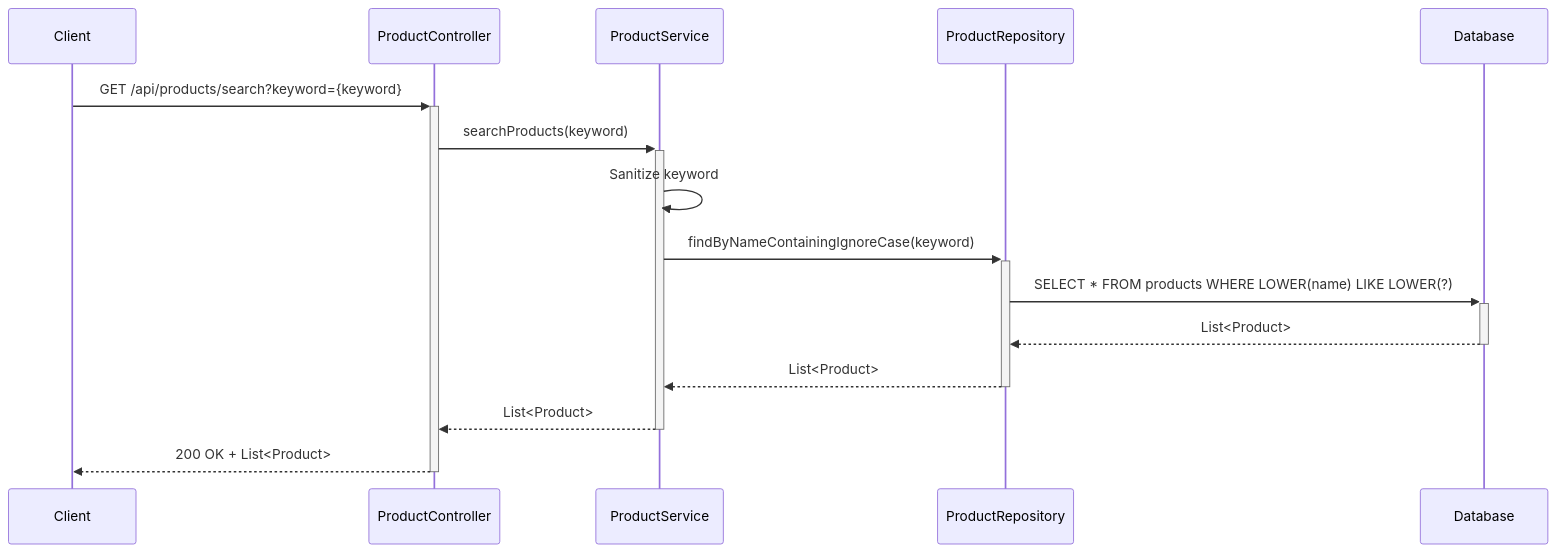
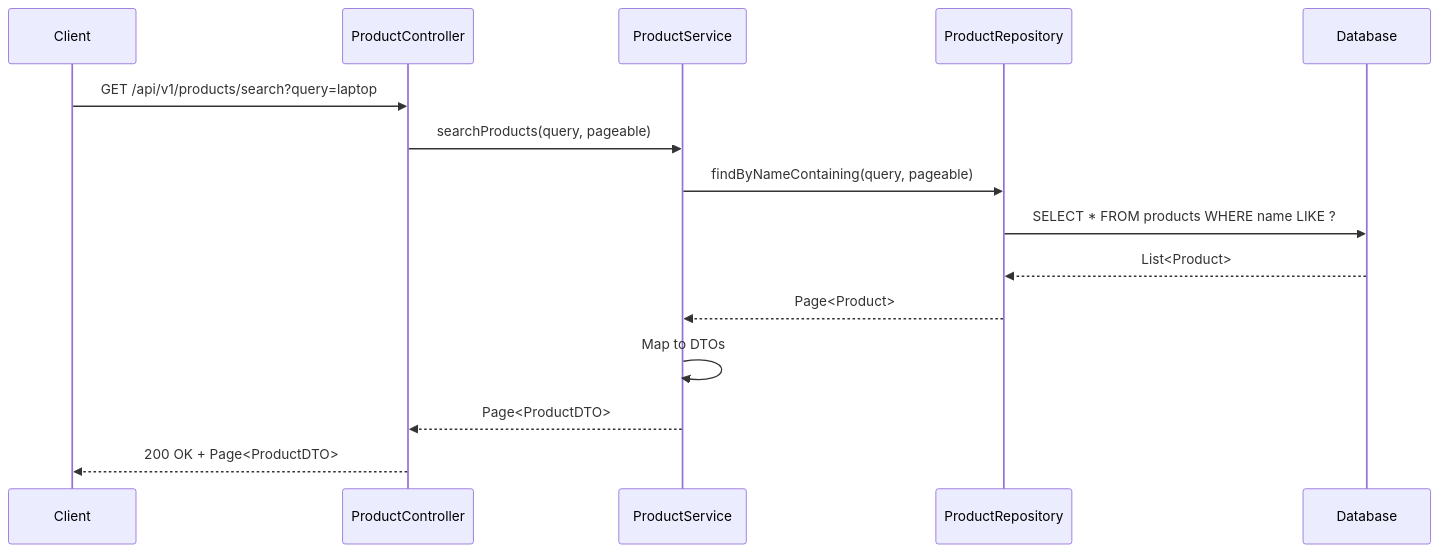
Before and after one commit to NavneetBN47/aava-ecom-demo: diagram 13 of 23 in docs/LLD/modified_lld.md, drawn with Mermaid. The commit also changed other lines of this file, not shown here.

````diff
--- a/docs/LLD/modified_lld.md
+++ b/docs/LLD/modified_lld.md
@@ -726,18 +1014,18 @@
 ```mermaid
 sequenceDiagram
     participant Client
-    participant ProductController
-    participant ProductService
-    participant ProductRepository
-    participant Database
+    participant Controller as ProductController
+    participant Service as ProductService
+    participant Repository as ProductRepository
+    participant DB as Database
     
-    Client->>+ProductController: GET /api/products/search?keyword={keyword}
-    ProductController->>+ProductService: searchProducts(keyword)
-    ProductService->>ProductService: Sanitize keyword
-    ProductService->>+ProductRepository: findByNameContainingIgnoreCase(keyword)
-    ProductRepository->>+Database: SELECT * FROM products WHERE LOWER(name) LIKE LOWER(?)
-    Database-->>-ProductRepository: List<Product>
-    ProductRepository-->>-ProductService: List<Product>
-    ProductService-->>-ProductController: List<Product>
-    ProductController-->>-Client: 200 OK + List<Product>
+    Client->>Controller: GET /api/v1/products/search?query=laptop
+    Controller->>Service: searchProducts(query, pageable)
+    Service->>Repository: findByNameContaining(query, pageable)
+    Repository->>DB: SELECT * FROM products WHERE name LIKE ?
+    DB-->>Repository: List<Product>
+    Repository-->>Service: Page<Product>
+    Service->>Service: Map to DTOs
+    Service-->>Controller: Page<ProductDTO>
+    Controller-->>Client: 200 OK + Page<ProductDTO>
 ```
````
